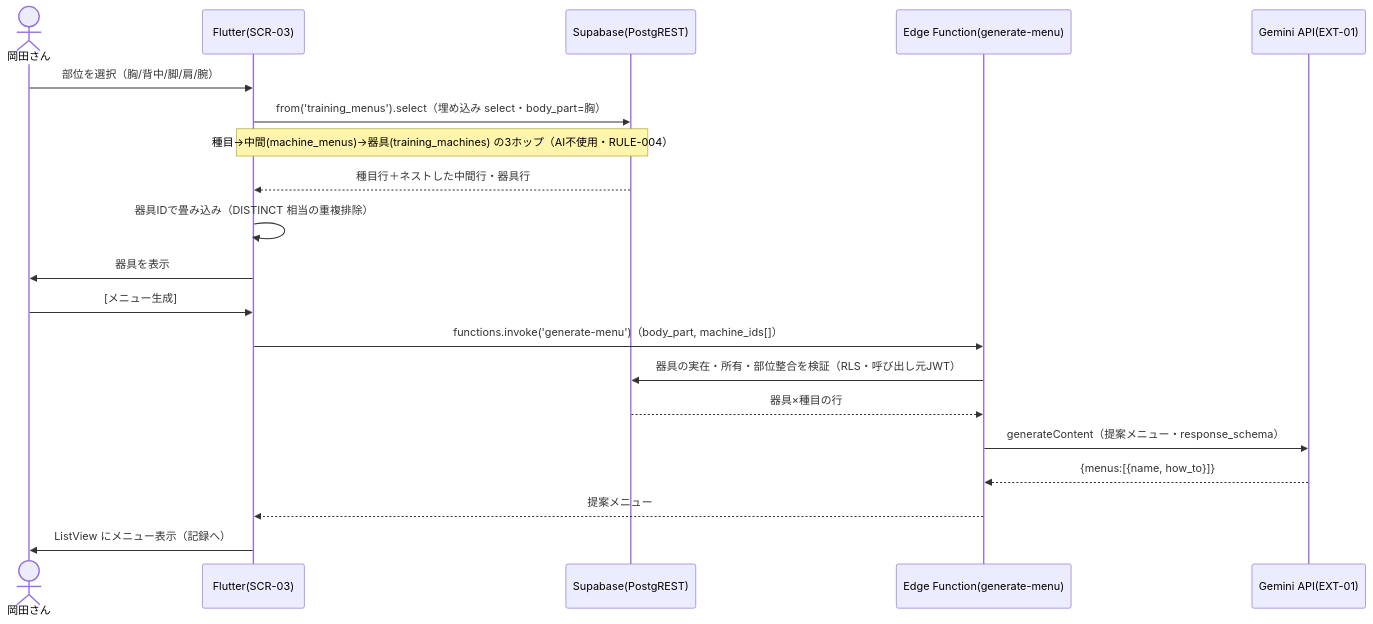
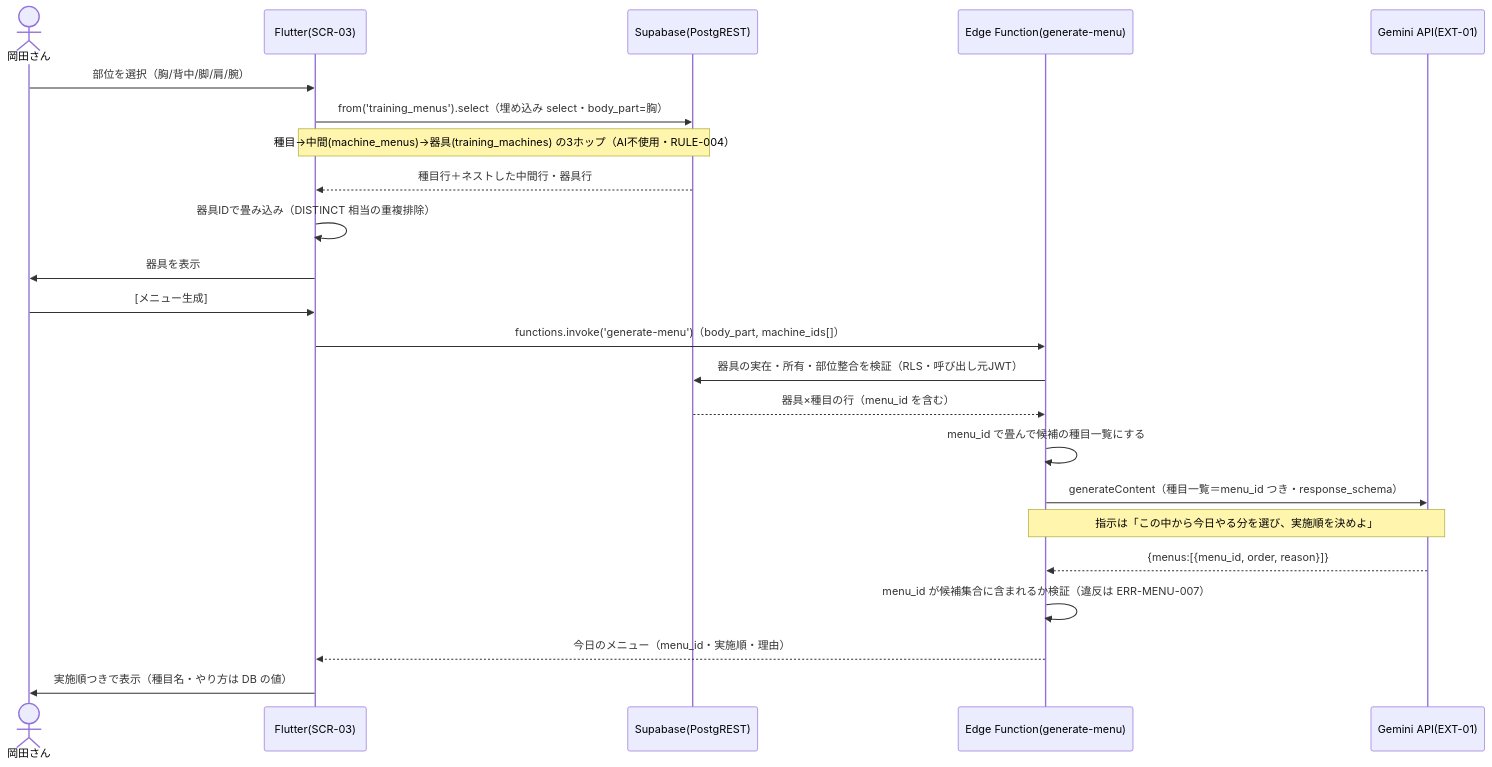
The second of 5 diagrams in docs/02_設計/40_機能設計/01_シーケンス設計.md (k-okada51/okada-fit), drawn with Mermaid before and after one commit. The commit also changed other lines of this file and 13 other files, not shown here.

````diff
--- a/docs/02_設計/40_機能設計/01_シーケンス設計.md
+++ b/docs/02_設計/40_機能設計/01_シーケンス設計.md
@@ -67,23 +69,26 @@
 ```mermaid
 sequenceDiagram
   actor U as 岡田さん
   participant F as Flutter(SCR-03)
   participant P as Supabase(PostgREST)
   participant E as Edge Function(generate-menu)
   participant G as Gemini API(EXT-01)
 
   U->>F: 部位を選択（胸/背中/脚/肩/腕）
   F->>P: from('training_menus').select（埋め込み select・body_part=胸）
   Note over F,P: 種目→中間(machine_menus)→器具(training_machines) の3ホップ（AI不使用・RULE-004）
   P-->>F: 種目行＋ネストした中間行・器具行
   F->>F: 器具IDで畳み込み（DISTINCT 相当の重複排除）
   F->>U: 器具を表示
   U->>F: [メニュー生成]
   F->>E: functions.invoke('generate-menu')（body_part, machine_ids[]）
   E->>P: 器具の実在・所有・部位整合を検証（RLS・呼び出し元JWT）
-  P-->>E: 器具×種目の行
-  E->>G: generateContent（提案メニュー・response_schema）
-  G-->>E: {menus:[{name, how_to}]}
-  E-->>F: 提案メニュー
-  F->>U: ListView にメニュー表示（記録へ）
+  P-->>E: 器具×種目の行（menu_id を含む）
+  E->>E: menu_id で畳んで候補の種目一覧にする
+  E->>G: generateContent（種目一覧＝menu_id つき・response_schema）
+  Note over E,G: 指示は「この中から今日やる分を選び、実施順を決めよ」
+  G-->>E: {menus:[{menu_id, order, reason}]}
+  E->>E: menu_id が候補集合に含まれるか検証（違反は ERR-MENU-007）
+  E-->>F: 今日のメニュー（menu_id・実施順・理由）
+  F->>U: 実施順つきで表示（種目名・やり方は DB の値）
 ```
````
